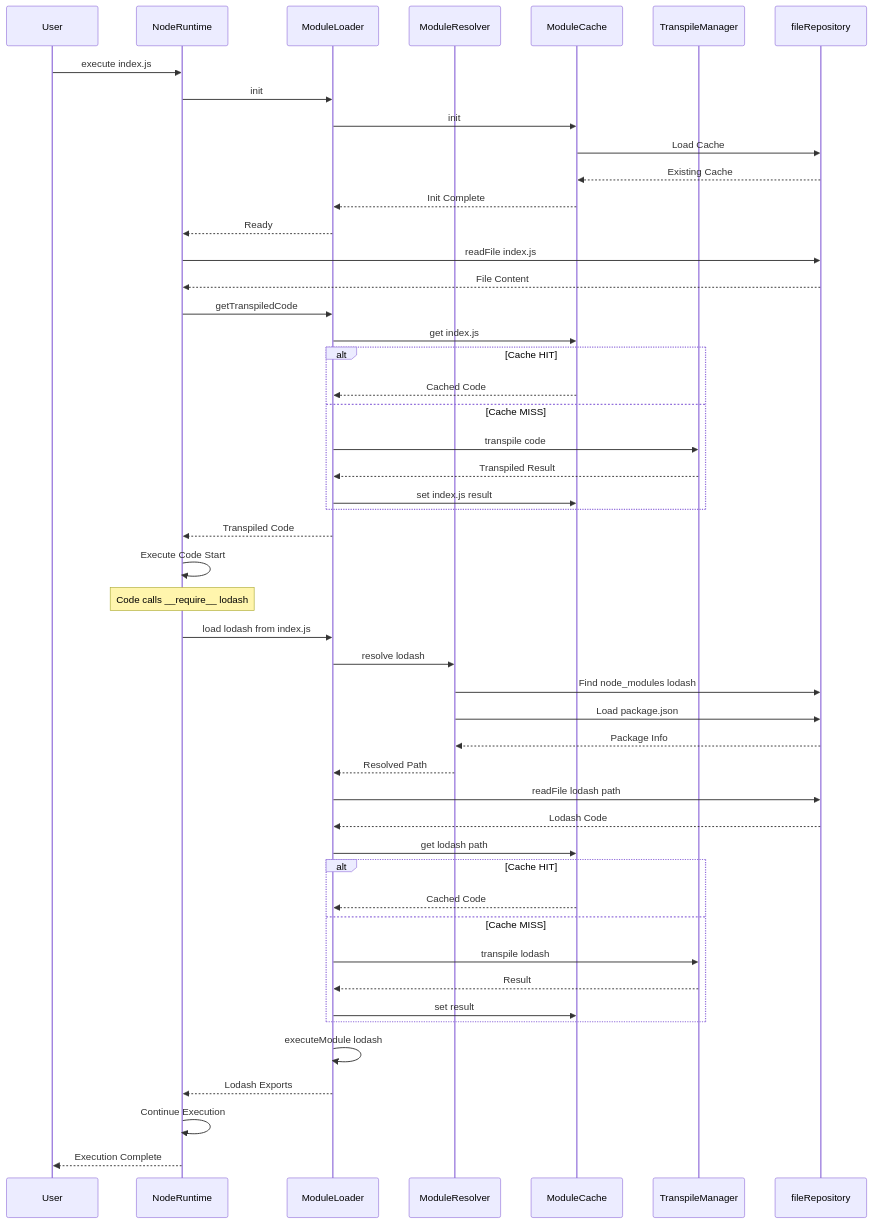
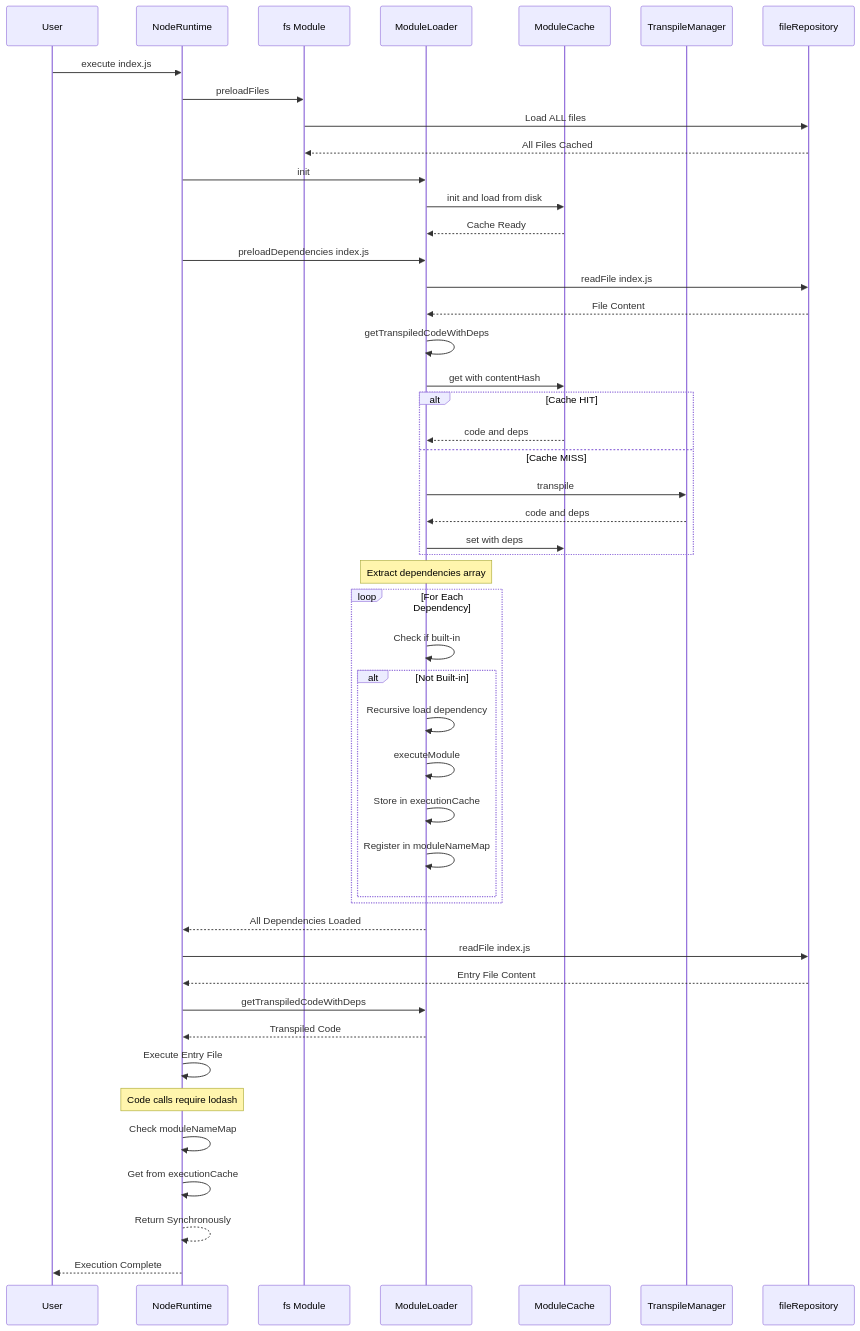
Before and after one commit to Stasshe/Pyxis-CodeCanvas: diagram 13 of 16 in docs/NODE-RUNTIME.md, drawn with Mermaid. The commit also changed other lines of this file, not shown here.

````diff
--- a/docs/NODE-RUNTIME.md
+++ b/docs/NODE-RUNTIME.md
@@ -466,64 +701,65 @@
 ```mermaid
 sequenceDiagram
     participant User
     participant Runtime as NodeRuntime
+    participant FS as fs Module
     participant Loader as ModuleLoader
-    participant Resolver as ModuleResolver
     participant Cache as ModuleCache
     participant Manager as TranspileManager
     participant FileRepo as fileRepository
     
     User->>Runtime: execute index.js
+    Runtime->>FS: preloadFiles
+    FS->>FileRepo: Load ALL files
+    FileRepo-->>FS: All Files Cached
+    
     Runtime->>Loader: init
-    Loader->>Cache: init
-    Cache->>FileRepo: Load Cache
-    FileRepo-->>Cache: Existing Cache
-    Cache-->>Loader: Init Complete
-    Loader-->>Runtime: Ready
+    Loader->>Cache: init and load from disk
+    Cache-->>Loader: Cache Ready
+    
+    Runtime->>Loader: preloadDependencies index.js
+    
+    Loader->>FileRepo: readFile index.js
+    FileRepo-->>Loader: File Content
+    
+    Loader->>Loader: getTranspiledCodeWithDeps
+    Loader->>Cache: get with contentHash
+    
+    alt Cache HIT
+        Cache-->>Loader: code and deps
+    else Cache MISS
+        Loader->>Manager: transpile
+        Manager-->>Loader: code and deps
+        Loader->>Cache: set with deps
+    end
+    
+    Note over Loader: Extract dependencies array
+    
+    loop For Each Dependency
+        Loader->>Loader: Check if built-in
+        alt Not Built-in
+            Loader->>Loader: Recursive load dependency
+            Loader->>Loader: executeModule
+            Loader->>Loader: Store in executionCache
+            Loader->>Loader: Register in moduleNameMap
+        end
+    end
+    
+    Loader-->>Runtime: All Dependencies Loaded
     
     Runtime->>FileRepo: readFile index.js
-    FileRepo-->>Runtime: File Content
+    FileRepo-->>Runtime: Entry File Content
     
-    Runtime->>Loader: getTranspiledCode
-    Loader->>Cache: get index.js
-    
-    alt Cache HIT
-        Cache-->>Loader: Cached Code
-    else Cache MISS
-        Loader->>Manager: transpile code
-        Manager-->>Loader: Transpiled Result
-        Loader->>Cache: set index.js result
-    end
-    
+    Runtime->>Loader: getTranspiledCodeWithDeps
     Loader-->>Runtime: Transpiled Code
     
-    Runtime->>Runtime: Execute Code Start
+    Runtime->>Runtime: Execute Entry File
     
-    Note over Runtime: Code calls __require__ lodash
+    Note over Runtime: Code calls require lodash
     
-    Runtime->>Loader: load lodash from index.js
-    Loader->>Resolver: resolve lodash
-    Resolver->>FileRepo: Find node_modules lodash
-    Resolver->>FileRepo: Load package.json
-    FileRepo-->>Resolver: Package Info
-    Resolver-->>Loader: Resolved Path
+    Runtime->>Runtime: Check moduleNameMap
+    Runtime->>Runtime: Get from executionCache
+    Runtime-->>Runtime: Return Synchronously
     
-    Loader->>FileRepo: readFile lodash path
-    FileRepo-->>Loader: Lodash Code
-    
-    Loader->>Cache: get lodash path
-    
-    alt Cache HIT
-        Cache-->>Loader: Cached Code
-    else Cache MISS
-        Loader->>Manager: transpile lodash
-        Manager-->>Loader: Result
-        Loader->>Cache: set result
-    end
-    
-    Loader->>Loader: executeModule lodash
-    Loader-->>Runtime: Lodash Exports
-    
-    Runtime->>Runtime: Continue Execution
     Runtime-->>User: Execution Complete
 ```
````
